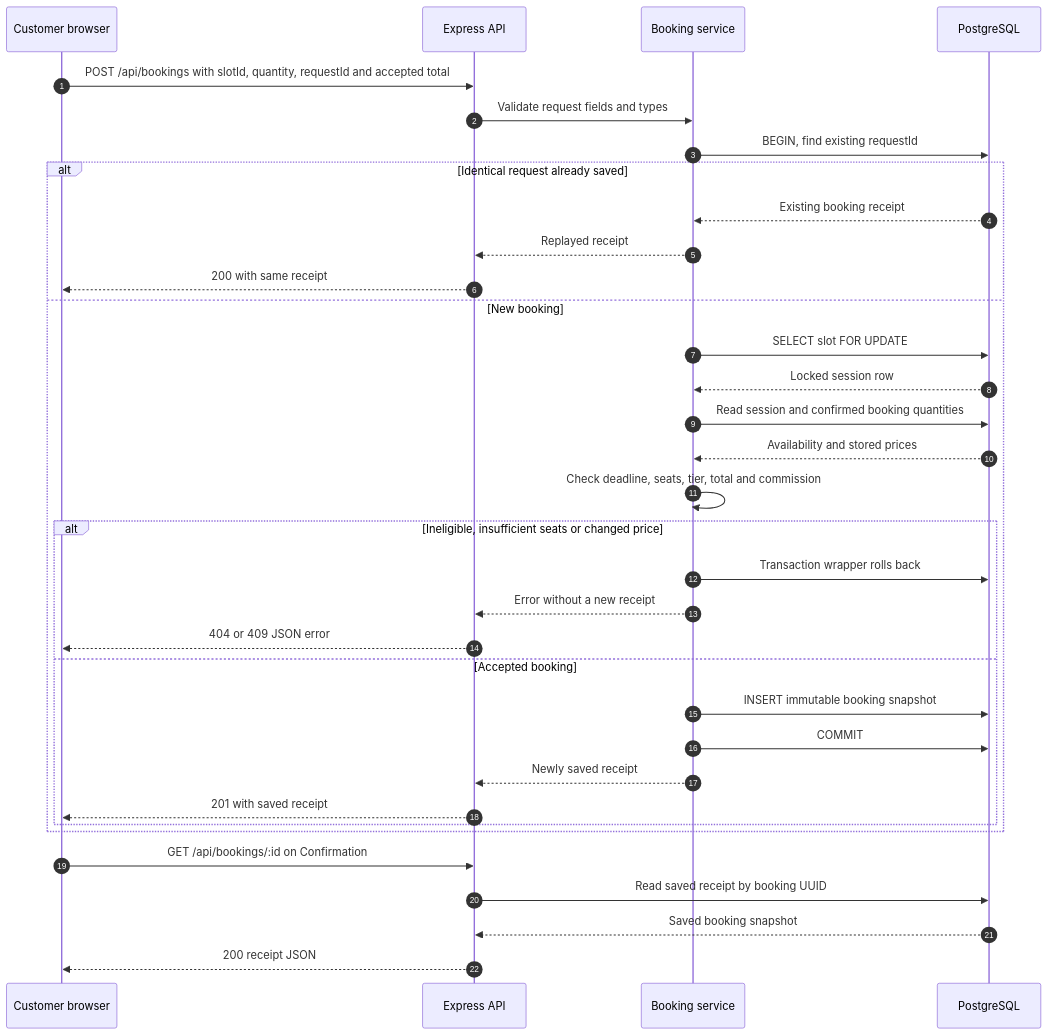
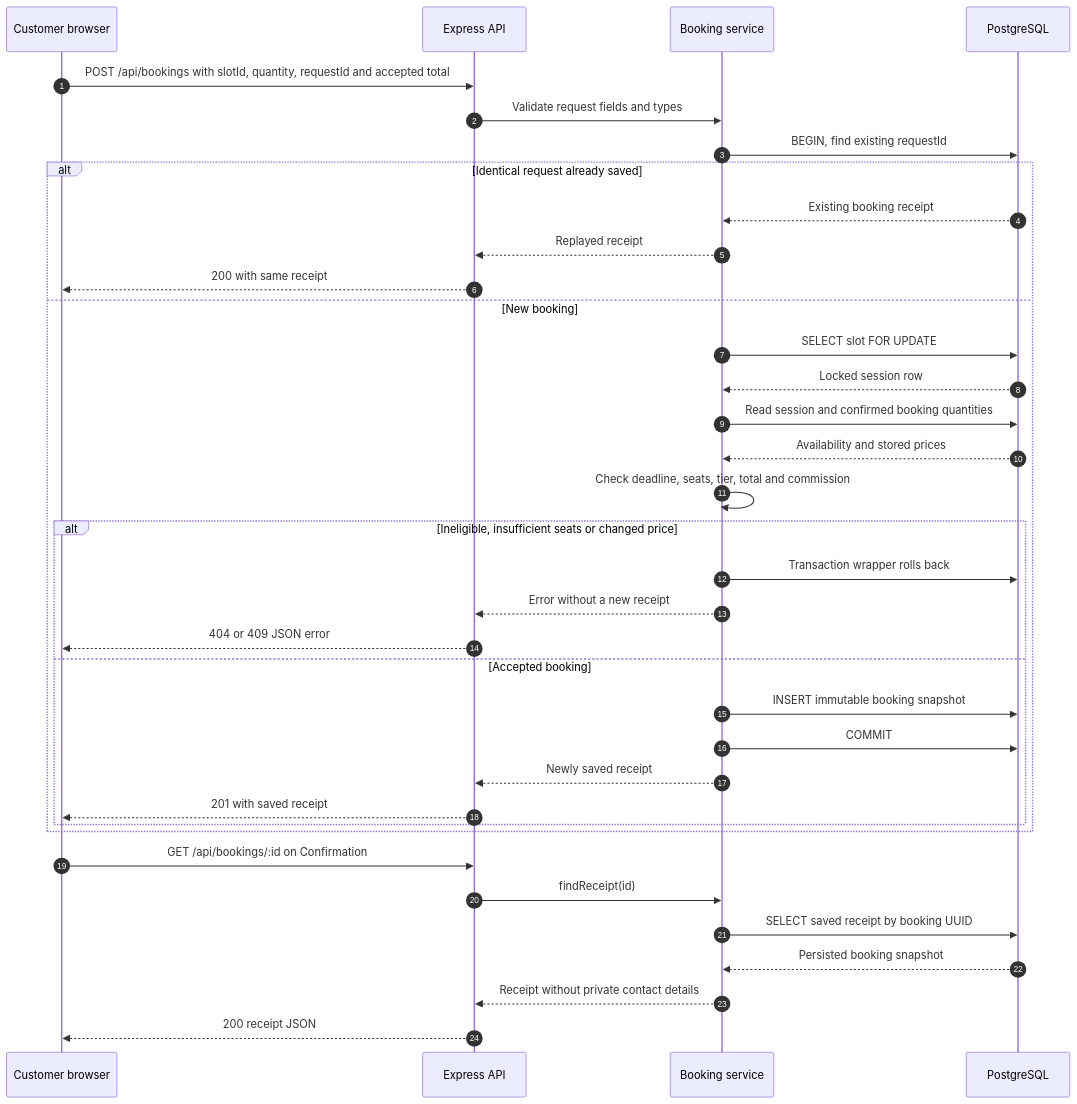
Before and after one commit to Frannaaa/slotdrop-gc2: the second of 2 diagrams in docs/system.md, drawn with Mermaid.

Commit message:
Show receipt service as intermediary between API and PostgreSQL

````diff
--- a/docs/system.md
+++ b/docs/system.md
@@ -46,36 +46,38 @@
 ```mermaid
 sequenceDiagram
   autonumber
   participant C as Customer browser
   participant A as Express API
   participant S as Booking service
   participant D as PostgreSQL
   C->>A: POST /api/bookings with slotId, quantity, requestId and accepted total
   A->>S: Validate request fields and types
   S->>D: BEGIN, find existing requestId
   alt Identical request already saved
     D-->>S: Existing booking receipt
     S-->>A: Replayed receipt
     A-->>C: 200 with same receipt
   else New booking
     S->>D: SELECT slot FOR UPDATE
     D-->>S: Locked session row
     S->>D: Read session and confirmed booking quantities
     D-->>S: Availability and stored prices
     S->>S: Check deadline, seats, tier, total and commission
     alt Ineligible, insufficient seats or changed price
       S->>D: Transaction wrapper rolls back
       S-->>A: Error without a new receipt
       A-->>C: 404 or 409 JSON error
     else Accepted booking
       S->>D: INSERT immutable booking snapshot
       S->>D: COMMIT
       S-->>A: Newly saved receipt
       A-->>C: 201 with saved receipt
     end
   end
   C->>A: GET /api/bookings/:id on Confirmation
-  A->>D: Read saved receipt by booking UUID
-  D-->>A: Saved booking snapshot
+  A->>S: findReceipt(id)
+  S->>D: SELECT saved receipt by booking UUID
+  D-->>S: Persisted booking snapshot
+  S-->>A: Receipt without private contact details
   A-->>C: 200 receipt JSON
 ```
````
